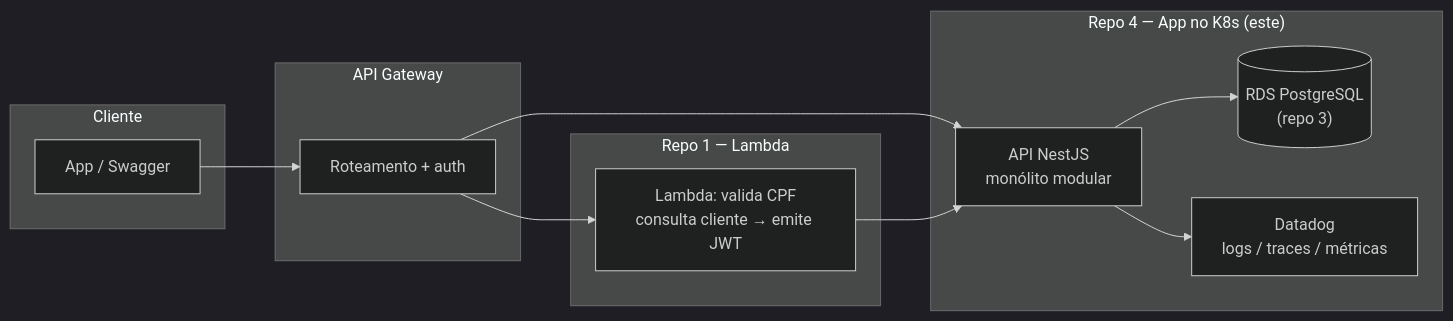
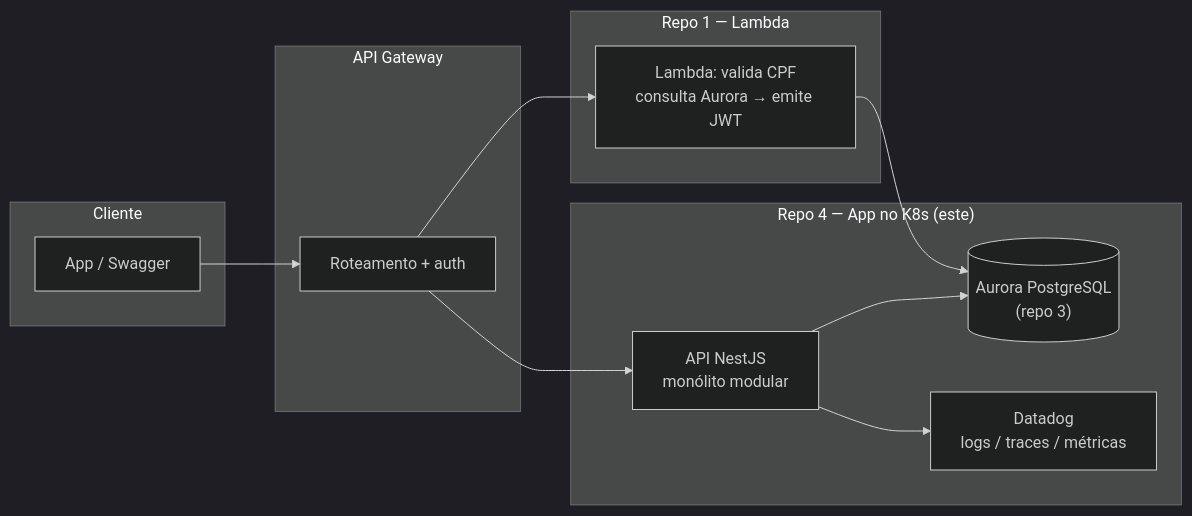
The diagram in README.md (FernandoGreco/techChallengePosTech-Aplication), drawn with Mermaid (dark theme) before and after one commit. The commit also changed other lines of this file and 38 other files, not shown here.

````diff
--- a/README.md
+++ b/README.md
@@ -24,25 +24,25 @@
 ```mermaid
 flowchart LR
     subgraph EXT["Cliente"]
         C["App / Swagger"]
     end
 
     subgraph REPO1["Repo 1 — Lambda"]
-        L["Lambda: valida CPF<br/>consulta cliente → emite JWT"]
+        L["Lambda: valida CPF<br/>consulta Aurora → emite JWT"]
     end
 
     subgraph GW["API Gateway"]
         G["Roteamento + auth"]
     end
 
     subgraph SEU["Repo 4 — App no K8s (este)"]
         API["API NestJS<br/>monólito modular"]
-        API --> PG[("RDS PostgreSQL<br/>(repo 3)")]
+        API --> PG[("Aurora PostgreSQL<br/>(repo 3)")]
         API --> DD["Datadog<br/>logs / traces / métricas"]
     end
 
     C --> G
     G --> L
     G --> API
-    L --> API
+    L --> PG
 ```
````
